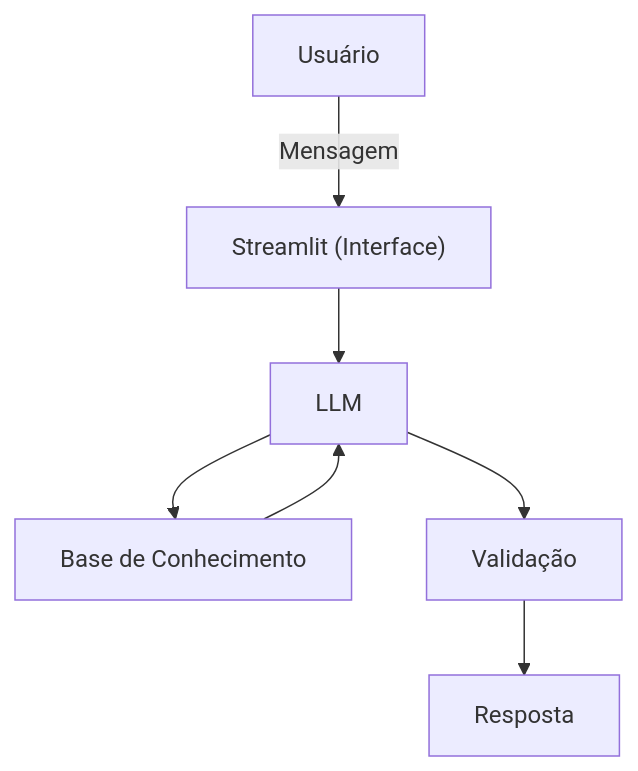
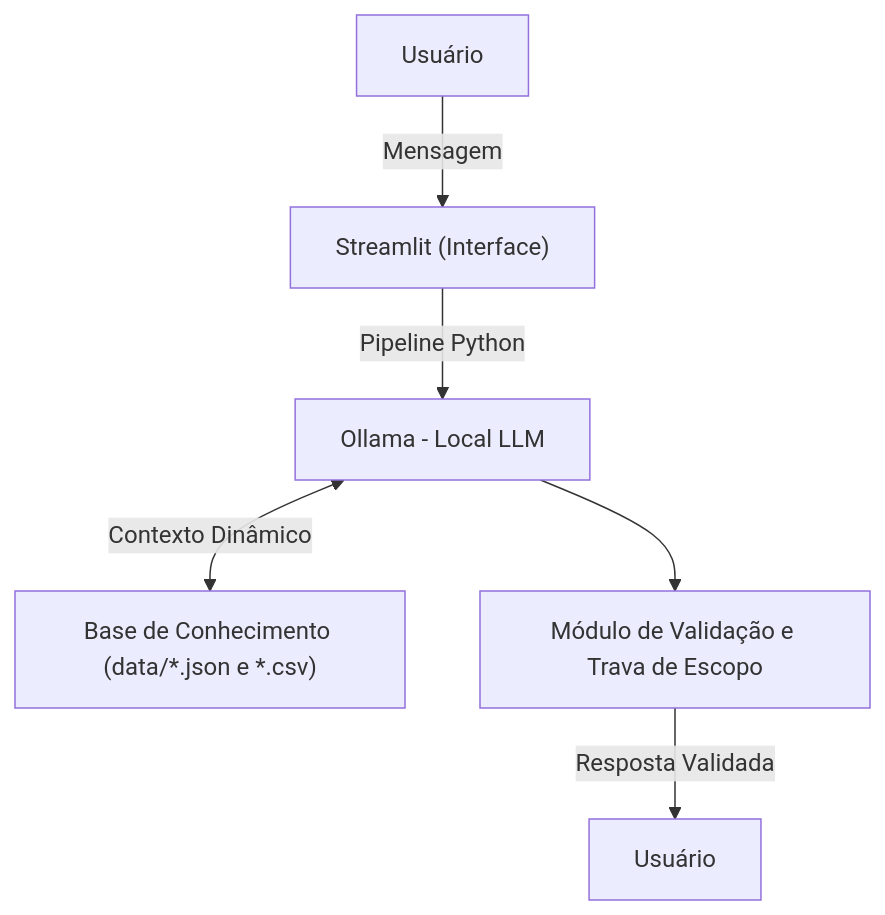
Before and after one commit to Ericky-dev/dio-lab-bia-do-futuro: the diagram in docs/01-documentacao-agente.md, drawn with Mermaid. The commit also changed other lines of this file, not shown here.

````diff
--- a/docs/01-documentacao-agente.md
+++ b/docs/01-documentacao-agente.md
@@ -65,9 +56,8 @@
 ```mermaid
 flowchart TD
     A[Usuário] -->|Mensagem| B["Streamlit (Interface)"]
-    B --> C[LLM]
-    C --> D[Base de Conhecimento]
-    D --> C
-    C --> E[Validação]
-    E --> F[Resposta]
+    B --> |Pipeline Python | C[Ollama - Local LLM] 
+    C <-->|Contexto Dinâmico| D["Base de Conhecimento (data/*.json e *.csv)"]
+    C --> E[Módulo de Validação e Trava de Escopo]
+    E -->|Resposta Validada| F[Usuário]
 ```
````
